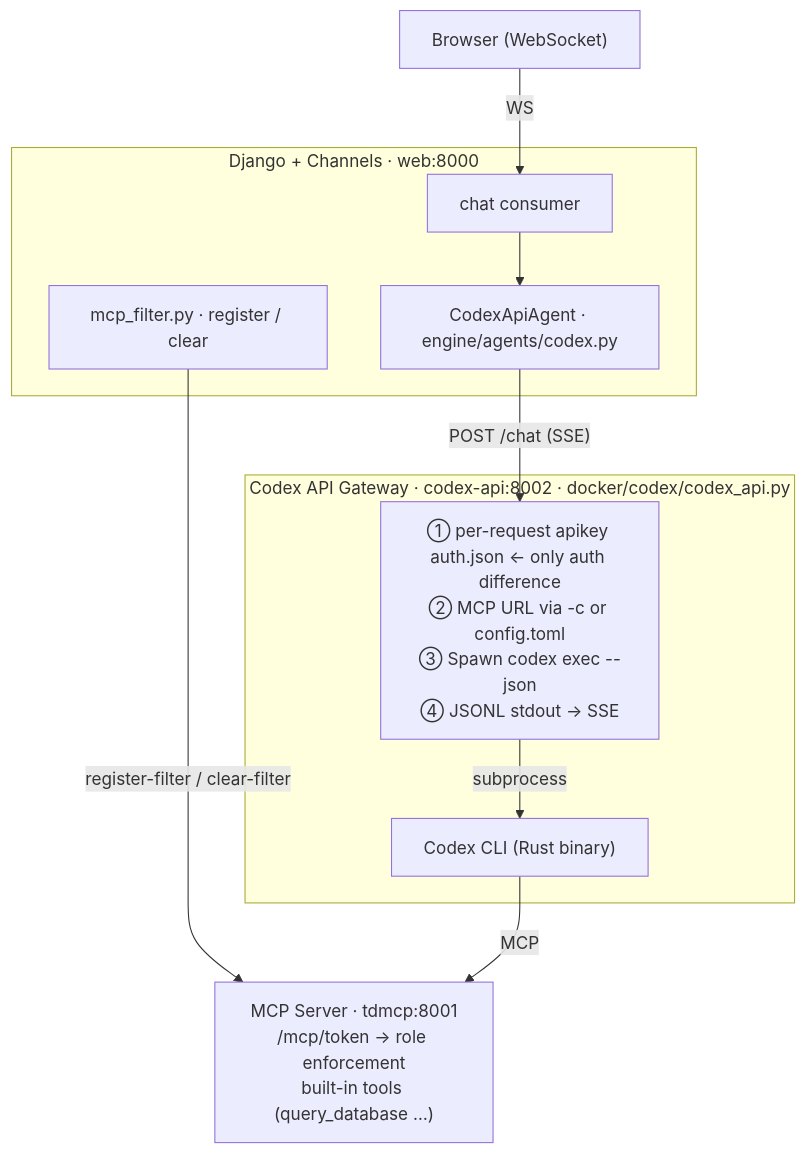
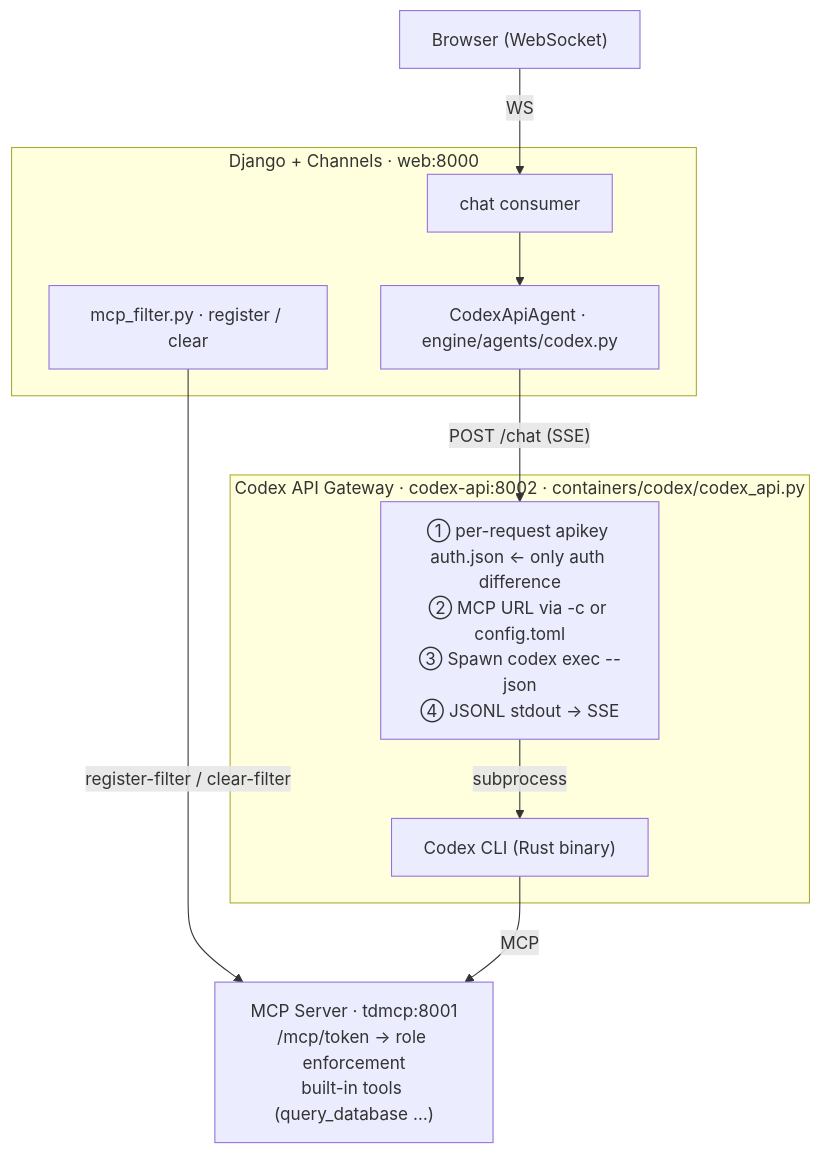
Before and after one commit to mpospirit-apps/TetherDust: the diagram in documentations/TetherDust Documentation/3. Agent Integrations/3. CLI Tool with API Key.md, drawn with Mermaid. The commit also changed other lines of this file and 33 other files, not shown here.

Commit message:
chore: rename docker directory to containers

````diff
--- a/documentations/TetherDust Documentation/3. Agent Integrations/3. CLI Tool with API Key.md
+++ b/documentations/TetherDust Documentation/3. Agent Integrations/3. CLI Tool with API Key.md
@@ -45,24 +45,24 @@
 ```mermaid
 flowchart TD
     Browser["Browser (WebSocket)"]
 
     subgraph web["Django + Channels · web:8000"]
         Consumer["chat consumer"]
         Agent["CodexApiAgent · engine/agents/codex.py"]
         Filter["mcp_filter.py · register / clear"]
     end
 
-    subgraph codex_api_gw["Codex API Gateway · codex-api:8002 · docker/codex/codex_api.py"]
+    subgraph codex_api_gw["Codex API Gateway · codex-api:8002 · containers/codex/codex_api.py"]
         GW["① per-request apikey auth.json ← only auth difference<br/>② MCP URL via -c or config.toml<br/>③ Spawn codex exec --json<br/>④ JSONL stdout → SSE"]
         CLI["Codex CLI (Rust binary)"]
         GW -->|subprocess| CLI
     end
 
     MCP["MCP Server · tdmcp:8001<br/>/mcp/token → role enforcement<br/>built-in tools (query_database …)"]
 
     Browser -->|WS| Consumer
     Consumer --> Agent
     Agent -->|"POST /chat (SSE)"| GW
     Filter -->|"register-filter / clear-filter"| MCP
     CLI -->|MCP| MCP
 ```
````
